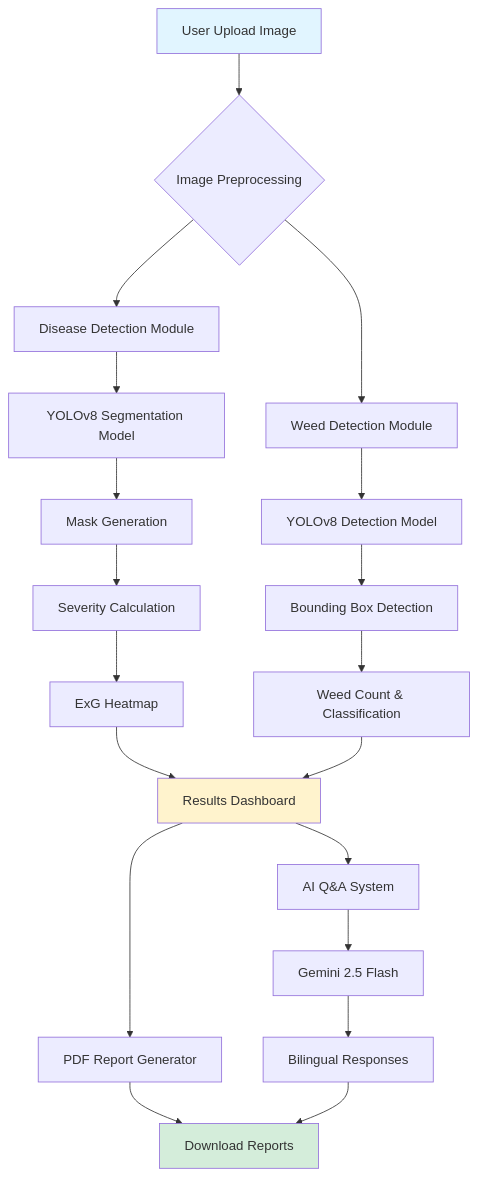
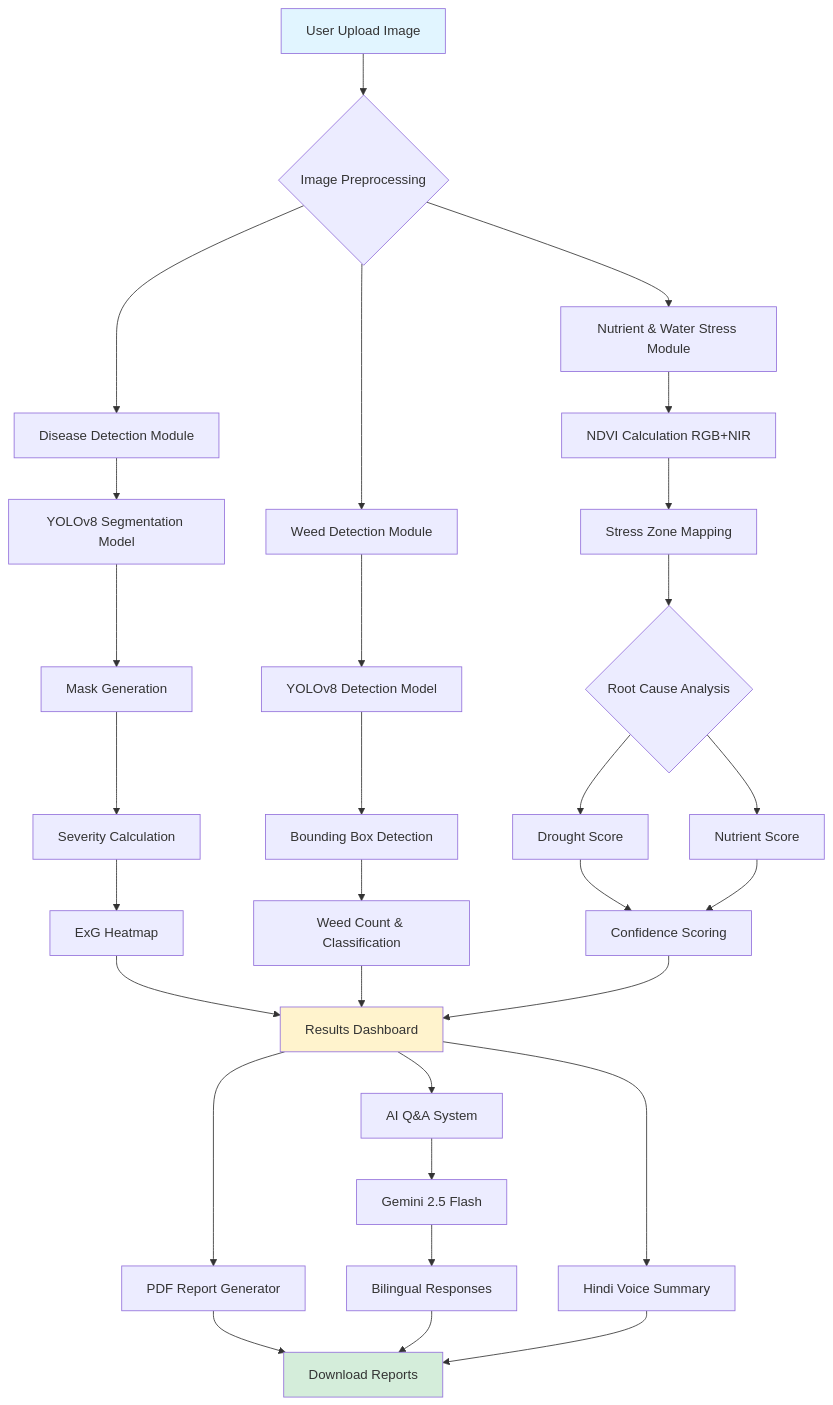
One commit to tanishq-ch/FarmSpectra changed the diagram in README.md. Above: the diagram before and after it, drawn with Mermaid. The commit also changed other lines of this file and 1 other file, not shown here.

````diff
--- a/README.md
+++ b/README.md
@@ -135,31 +172,42 @@
 ```mermaid
 graph TB
     A[User Upload Image] --> B{Image Preprocessing}
     B --> C[Disease Detection Module]
     B --> D[Weed Detection Module]
-    
-    C --> E[YOLOv8 Segmentation Model]
-    E --> F[Mask Generation]
-    F --> G[Severity Calculation]
-    G --> H[ExG Heatmap]
-    
-    D --> I[YOLOv8 Detection Model]
-    I --> J[Bounding Box Detection]
-    J --> K[Weed Count & Classification]
-    
-    H --> L[Results Dashboard]
-    K --> L
-    
-    L --> M[PDF Report Generator]
-    L --> N[AI Q&A System]
-    
-    N --> O[Gemini 2.5 Flash]
-    O --> P[Bilingual Responses]
-    
-    M --> Q[Download Reports]
-    P --> Q
-    
+    B --> E[Nutrient & Water Stress Module]
+
+    C --> F[YOLOv8 Segmentation Model]
+    F --> G[Mask Generation]
+    G --> H[Severity Calculation]
+    H --> I[ExG Heatmap]
+
+    D --> J[YOLOv8 Detection Model]
+    J --> K[Bounding Box Detection]
+    K --> L[Weed Count & Classification]
+
+    E --> M[NDVI Calculation RGB+NIR]
+    M --> N[Stress Zone Mapping]
+    N --> O{Root Cause Analysis}
+    O --> P[Drought Score]
+    O --> Q[Nutrient Score]
+    P & Q --> R[Confidence Scoring]
+
+    I --> S[Results Dashboard]
+    L --> S
+    R --> S
+
+    S --> T[PDF Report Generator]
+    S --> U[AI Q&A System]
+    S --> V[Hindi Voice Summary]
+
+    U --> W[Gemini 2.5 Flash]
+    W --> X[Bilingual Responses]
+
+    T --> Y[Download Reports]
+    X --> Y
+    V --> Y
+
     style A fill:#e1f5ff
-    style L fill:#fff3cd
-    style Q fill:#d4edda
+    style S fill:#fff3cd
+    style Y fill:#d4edda
 ```
````
